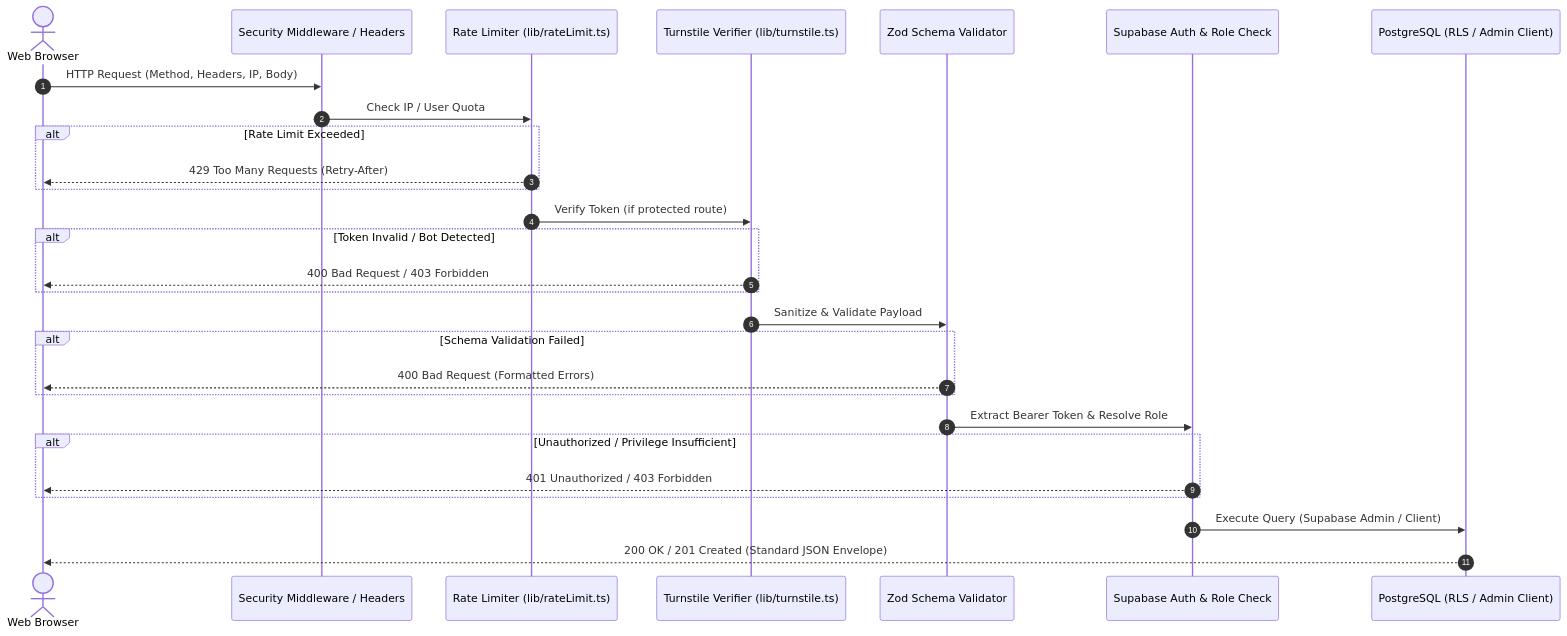
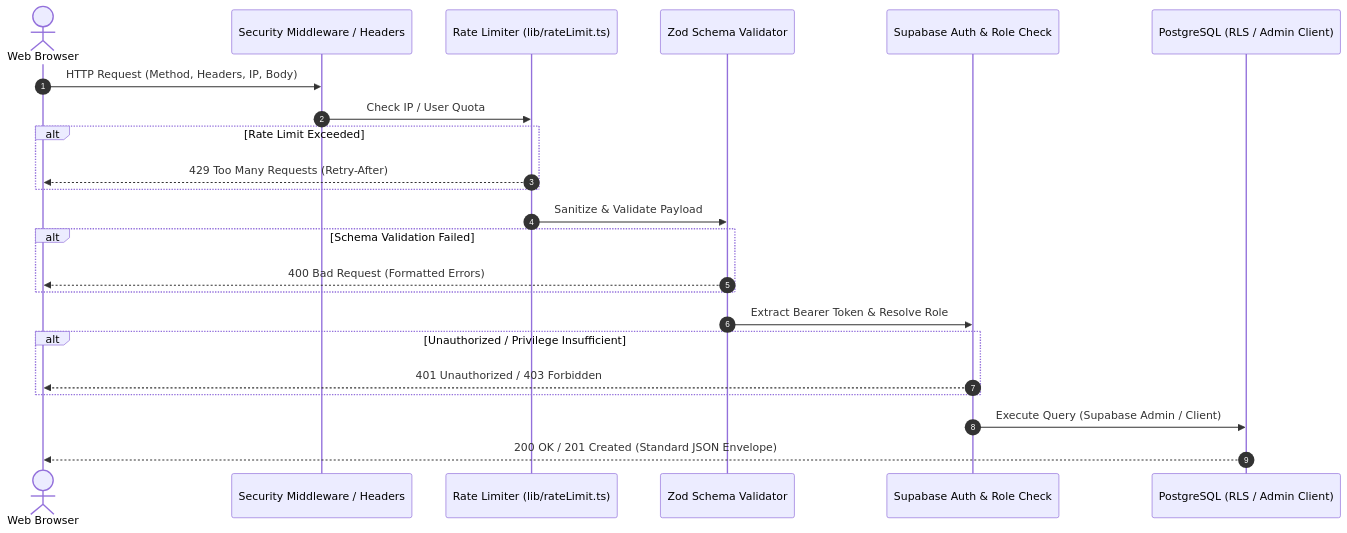
Before and after one commit to zdump-guy/PharmaCore: the second of 3 diagrams in docs/ARCHITECTURE.md, drawn with Mermaid. The commit also changed other lines of this file and 52 other files, not shown here.

````diff
--- a/docs/ARCHITECTURE.md
+++ b/docs/ARCHITECTURE.md
@@ -71,31 +69,26 @@
   ```mermaid
   sequenceDiagram
       autonumber
       actor Client as Web Browser
       participant Edge as Security Middleware / Headers
       participant RL as Rate Limiter (lib/rateLimit.ts)
-      participant Turnstile as Turnstile Verifier (lib/turnstile.ts)
       participant Zod as Zod Schema Validator
       participant Auth as Supabase Auth & Role Check
       participant DB as PostgreSQL (RLS / Admin Client)
 
       Client->>Edge: HTTP Request (Method, Headers, IP, Body)
       Edge->>RL: Check IP / User Quota
       alt Rate Limit Exceeded
           RL-->>Client: 429 Too Many Requests (Retry-After)
       end
-      RL->>Turnstile: Verify Token (if protected route)
-      alt Token Invalid / Bot Detected
-          Turnstile-->>Client: 400 Bad Request / 403 Forbidden
-      end
-      Turnstile->>Zod: Sanitize & Validate Payload
+      RL->>Zod: Sanitize & Validate Payload
       alt Schema Validation Failed
           Zod-->>Client: 400 Bad Request (Formatted Errors)
       end
       Zod->>Auth: Extract Bearer Token & Resolve Role
       alt Unauthorized / Privilege Insufficient
           Auth-->>Client: 401 Unauthorized / 403 Forbidden
       end
       Auth->>DB: Execute Query (Supabase Admin / Client)
       DB-->>Client: 200 OK / 201 Created (Standard JSON Envelope)
   ```
````
